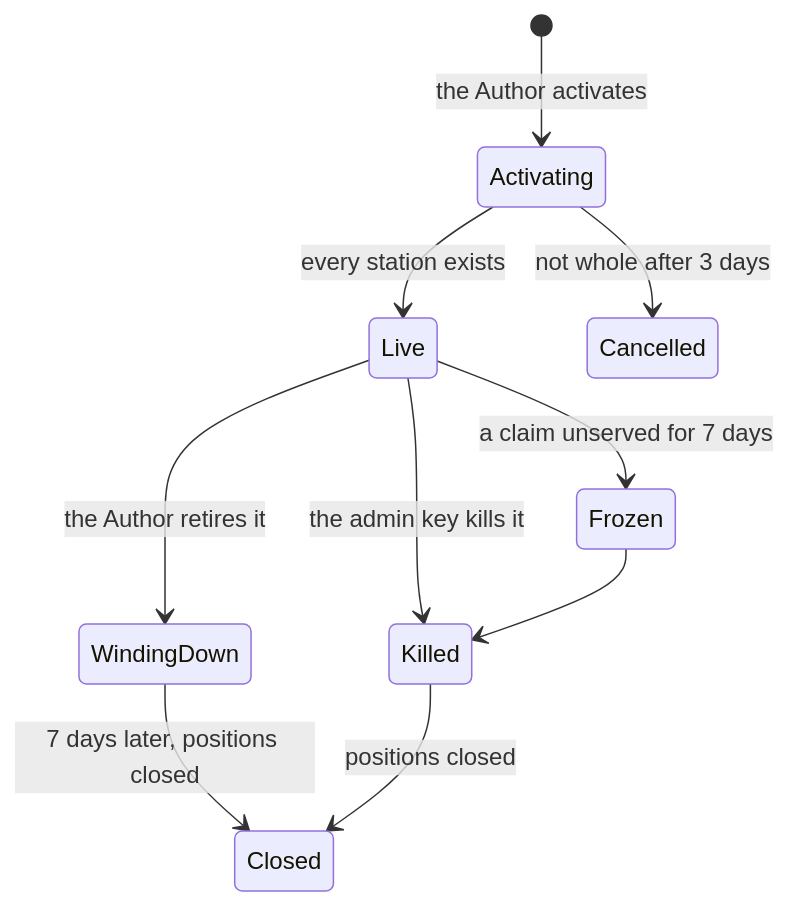
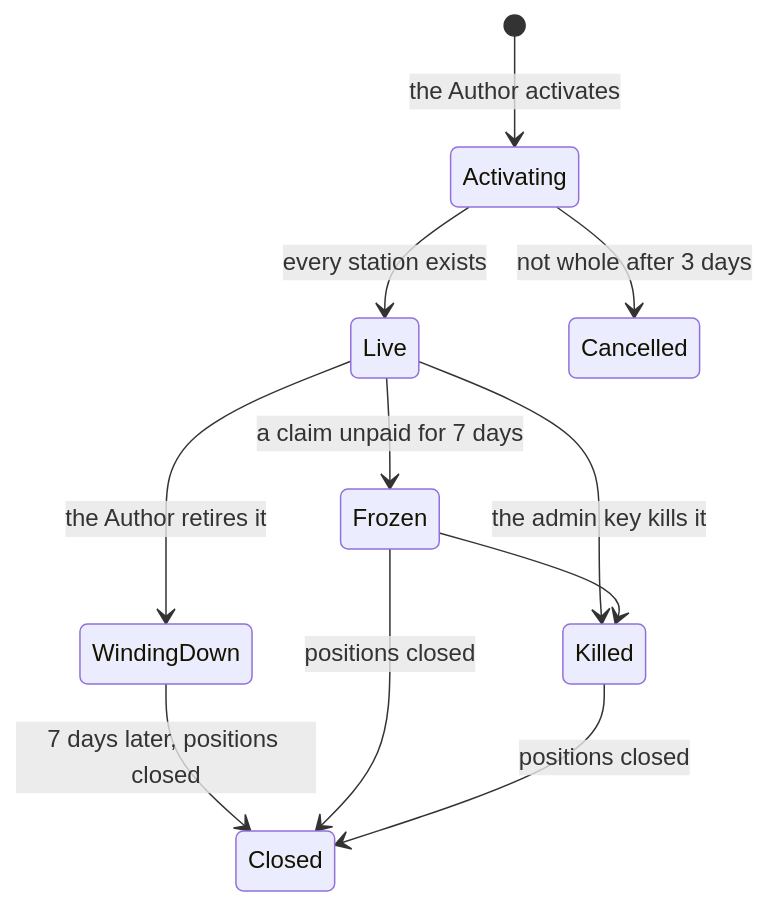
The first of 2 diagrams in docs/content/under-the-hood/vaults.md (ShoninFi/shonin-platform), drawn with Mermaid before and after one commit. The commit also changed other lines of this file and 14 other files, not shown here.

````diff
--- a/docs/content/under-the-hood/vaults.md
+++ b/docs/content/under-the-hood/vaults.md
@@ -7,12 +7,13 @@
 ```mermaid
 stateDiagram-v2
     [*] --> Activating: the Author activates
     Activating --> Live: every station exists
     Activating --> Cancelled: not whole after 3 days
     Live --> WindingDown: the Author retires it
     WindingDown --> Closed: 7 days later, positions closed
-    Live --> Frozen: a claim unserved for 7 days
+    Live --> Frozen: a claim unpaid for 7 days
     Live --> Killed: the admin key kills it
     Frozen --> Killed
+    Frozen --> Closed: positions closed
     Killed --> Closed: positions closed
 ```
````
